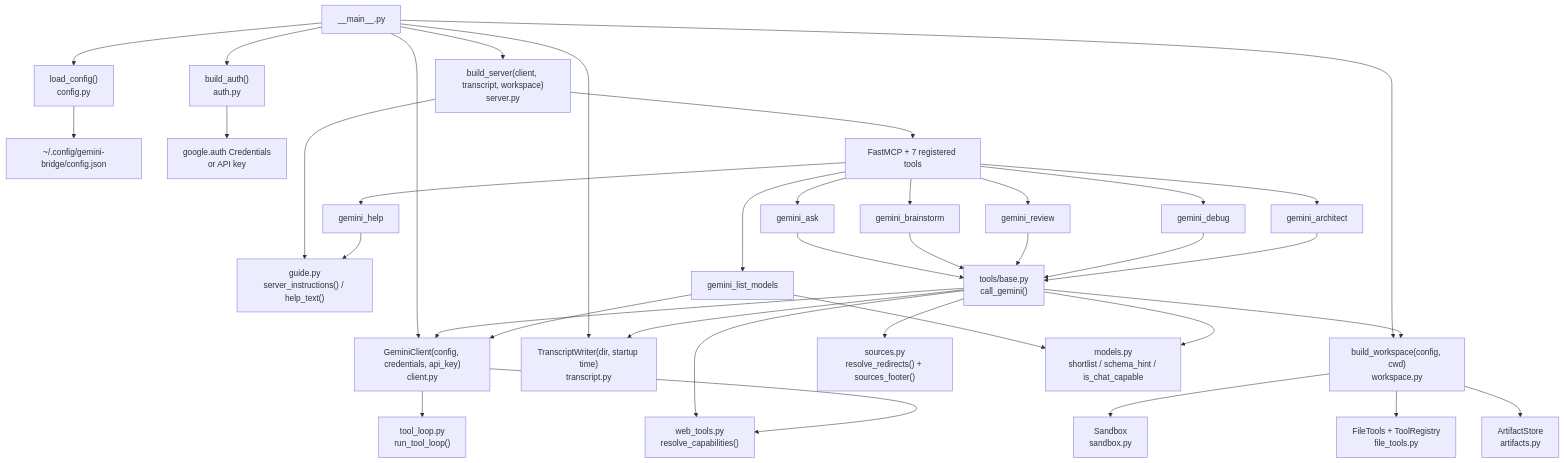
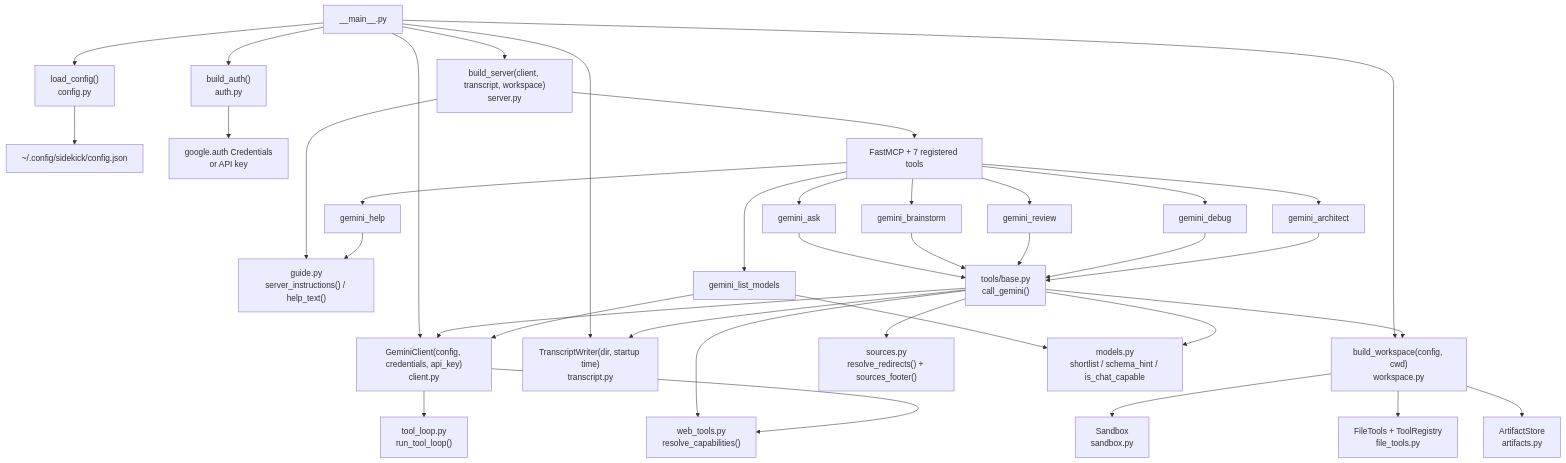
One commit to FlintAndFilament/gemini-bridge changed the first of 2 diagrams in docs/architecture.md. Above: the diagram before and after it, drawn with Mermaid. The commit also changed other lines of this file and 58 other files, not shown here.

First line of the commit message:
chore!: rename package, CLI, config folder and notices to sidekick (refs #104)

````diff
--- a/docs/architecture.md
+++ b/docs/architecture.md
@@ -5,38 +5,38 @@
 ```mermaid
 graph TD
     M["__main__.py"] --> CFG["load_config()<br/>config.py"]
     M --> AUTH["build_auth()<br/>auth.py"]
     M --> CL["GeminiClient(config, credentials, api_key)<br/>client.py"]
     M --> TR["TranscriptWriter(dir, startup time)<br/>transcript.py"]
     M --> WS["build_workspace(config, cwd)<br/>workspace.py"]
     M --> SRV["build_server(client, transcript, workspace)<br/>server.py"]
 
-    CFG --> JSON["~/.config/gemini-bridge/config.json"]
+    CFG --> JSON["~/.config/sidekick/config.json"]
     AUTH --> CRED["google.auth Credentials<br/>or API key"]
 
     WS --> SB["Sandbox<br/>sandbox.py"]
     WS --> FT["FileTools + ToolRegistry<br/>file_tools.py"]
     WS --> AR["ArtifactStore<br/>artifacts.py"]
 
     SRV --> GUIDE["guide.py<br/>server_instructions() / help_text()"]
     SRV --> MCP["FastMCP + 7 registered tools"]
     MCP --> T1["gemini_ask"]
     MCP --> T2["gemini_brainstorm"]
     MCP --> T3["gemini_review"]
     MCP --> T4["gemini_debug"]
     MCP --> T5["gemini_architect"]
     MCP --> T6["gemini_list_models"]
     MCP --> T7["gemini_help"]
 
     T1 & T2 & T3 & T4 & T5 --> BASE["tools/base.py<br/>call_gemini()"]
     BASE --> CL
     BASE --> WEB["web_tools.py<br/>resolve_capabilities()"]
     BASE --> SRC["sources.py<br/>resolve_redirects() + sources_footer()"]
     BASE --> TR
     BASE --> WS
     CL --> LOOP["tool_loop.py<br/>run_tool_loop()"]
     CL --> WEB
     T6 --> CL
     T6 & BASE --> MOD["models.py<br/>shortlist / schema_hint / is_chat_capable"]
     T7 --> GUIDE
 ```
````
